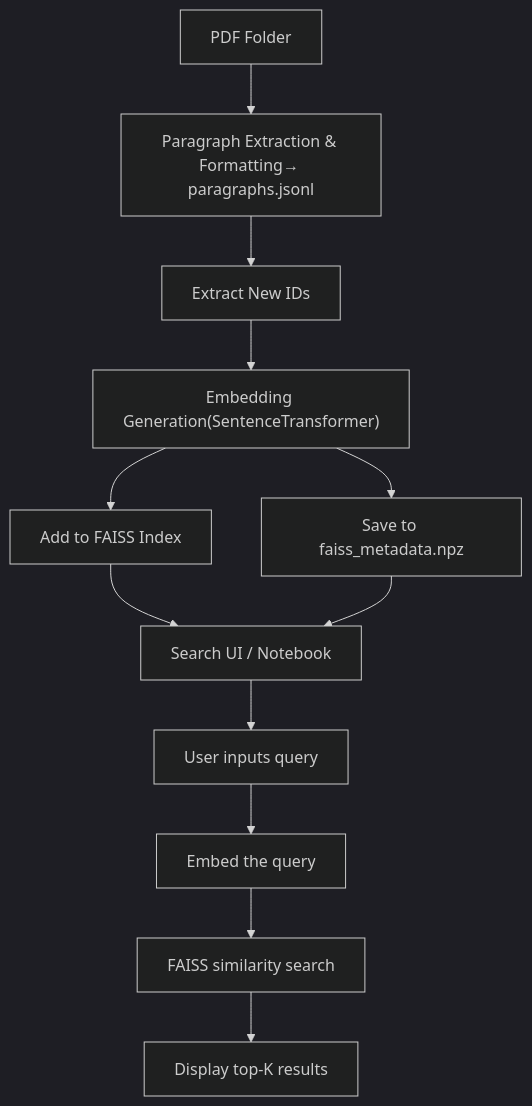
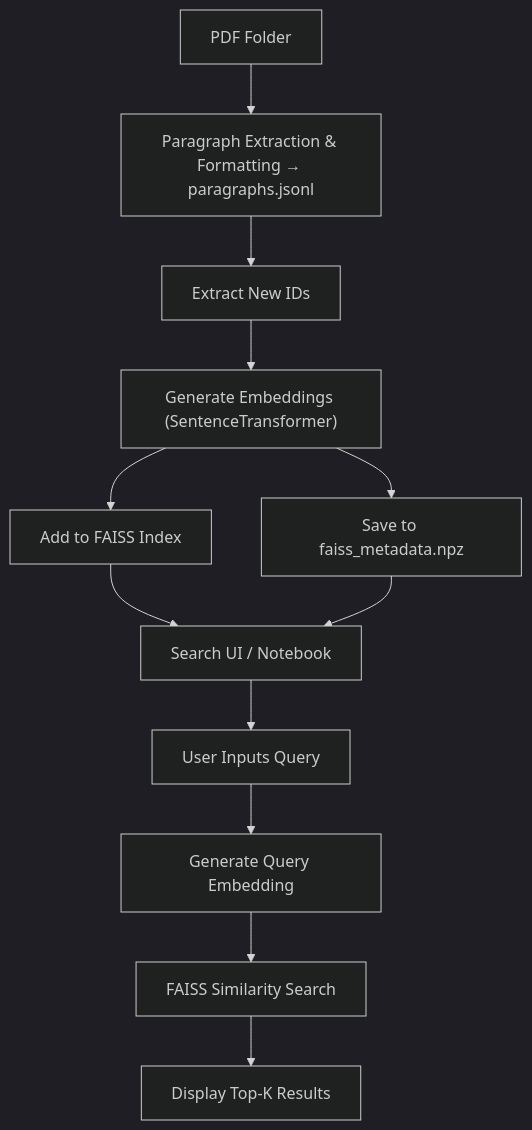
The diagram in README.md (tosuke-med/pdf_semantic_search), drawn with Mermaid (dark theme) before and after one commit. The commit also changed other lines of this file and 4 other files, not shown here.

````diff
--- a/README.md
+++ b/README.md
@@ -9,13 +9,13 @@
 ```mermaid
 flowchart TB
-    A["PDF Folder"] --> B["Paragraph Extraction & Formatting→ paragraphs.jsonl"]
+    A["PDF Folder"] --> B["Paragraph Extraction & Formatting → paragraphs.jsonl"]
     B --> C["Extract New IDs"]
-    C --> D["Embedding Generation(SentenceTransformer)"]
+    C --> D["Generate Embeddings (SentenceTransformer)"]
     D --> E["Add to FAISS Index"]
     D --> F["Save to faiss_metadata.npz"]
     E & F --> G["Search UI / Notebook"]
-    G --> H["User inputs query"]
-    H --> I["Embed the query"]
-    I --> J["FAISS similarity search"]
-    J --> K["Display top-K results"]
+    G --> H["User Inputs Query"]
+    H --> I["Generate Query Embedding"]
+    I --> J["FAISS Similarity Search"]
+    J --> K["Display Top-K Results"]
 ```
````
